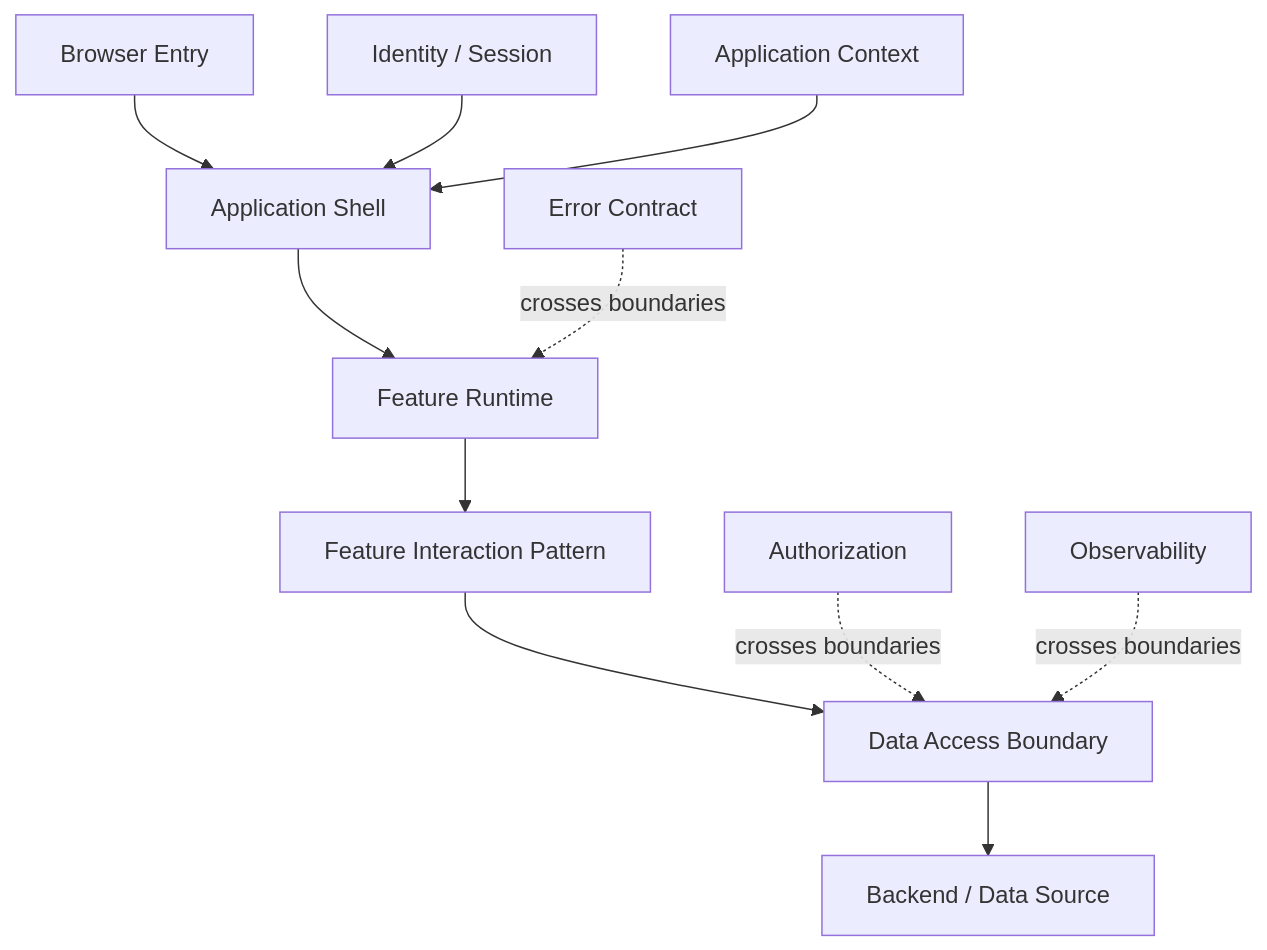
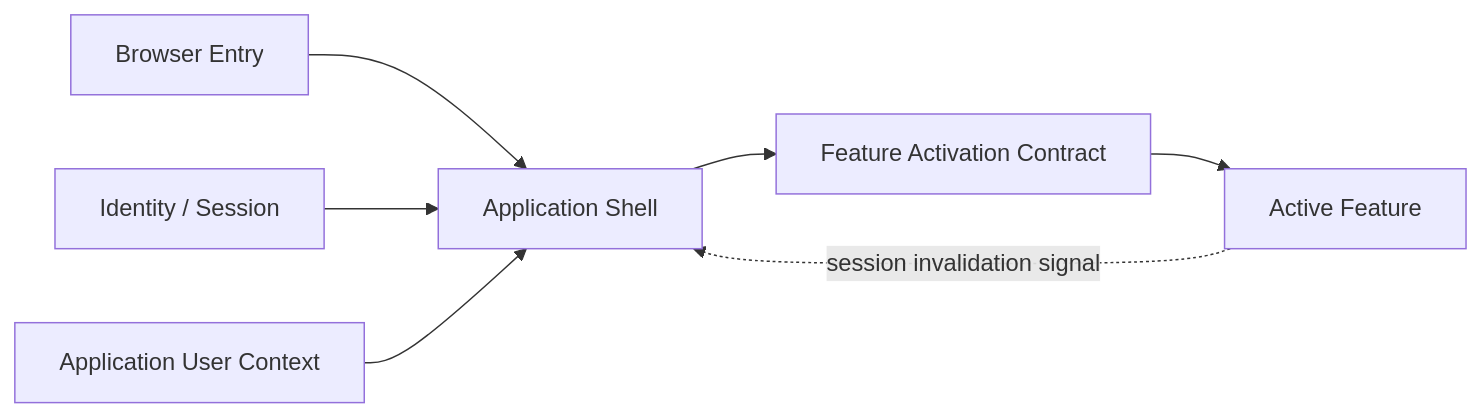
One commit to claire-nook/ai-playground changed the first of 3 diagrams in knowledge/platform/application-platform-architecture.md. Above: the diagram before and after it, drawn with Mermaid. The commit also changed other lines of this file, not shown here.

Commit message:
docs: revise general platform architecture after adversarial review

````diff
--- a/knowledge/platform/application-platform-architecture.md
+++ b/knowledge/platform/application-platform-architecture.md
@@ -85,14 +112,10 @@
 ```mermaid
-graph TD
+graph LR
     A[Browser Entry] --> B[Application Shell]
-    B --> C[Feature Runtime]
-    C --> D[Feature Interaction Pattern]
-    D --> E[Data Access Boundary]
-    E --> F[Backend / Data Source]
+    B --> C[Feature Activation Contract]
+    C --> D[Active Feature]
 
-    G[Identity / Session] --> B
-    H[Application Context] --> B
-    I[Authorization] -. crosses boundaries .-> E
-    J[Error Contract] -. crosses boundaries .-> C
-    K[Observability] -. crosses boundaries .-> E
+    I[Identity / Session] --> B
+    U[Application User Context] --> B
+    D -. session invalidation signal .-> B
 ```
````
